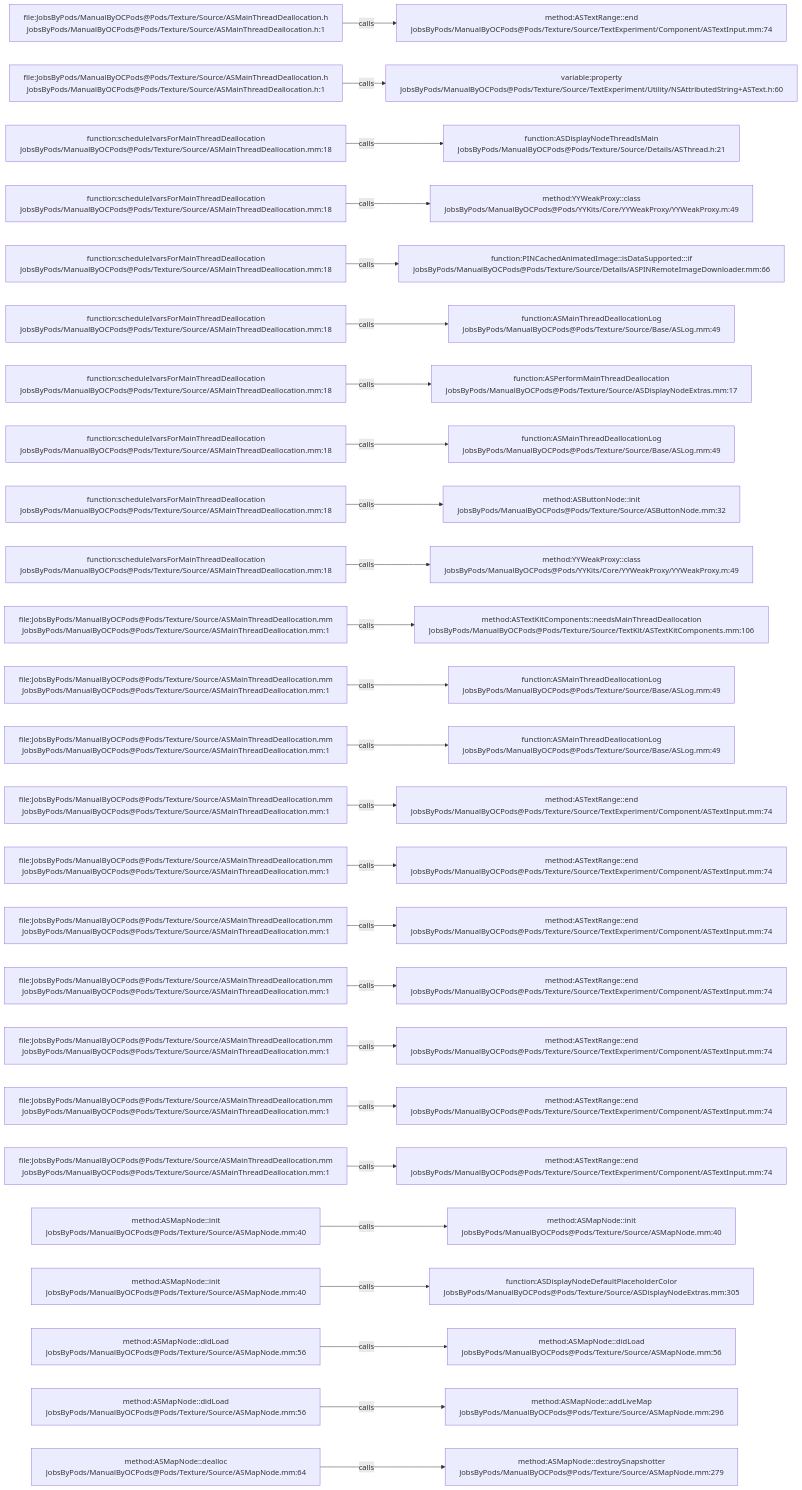
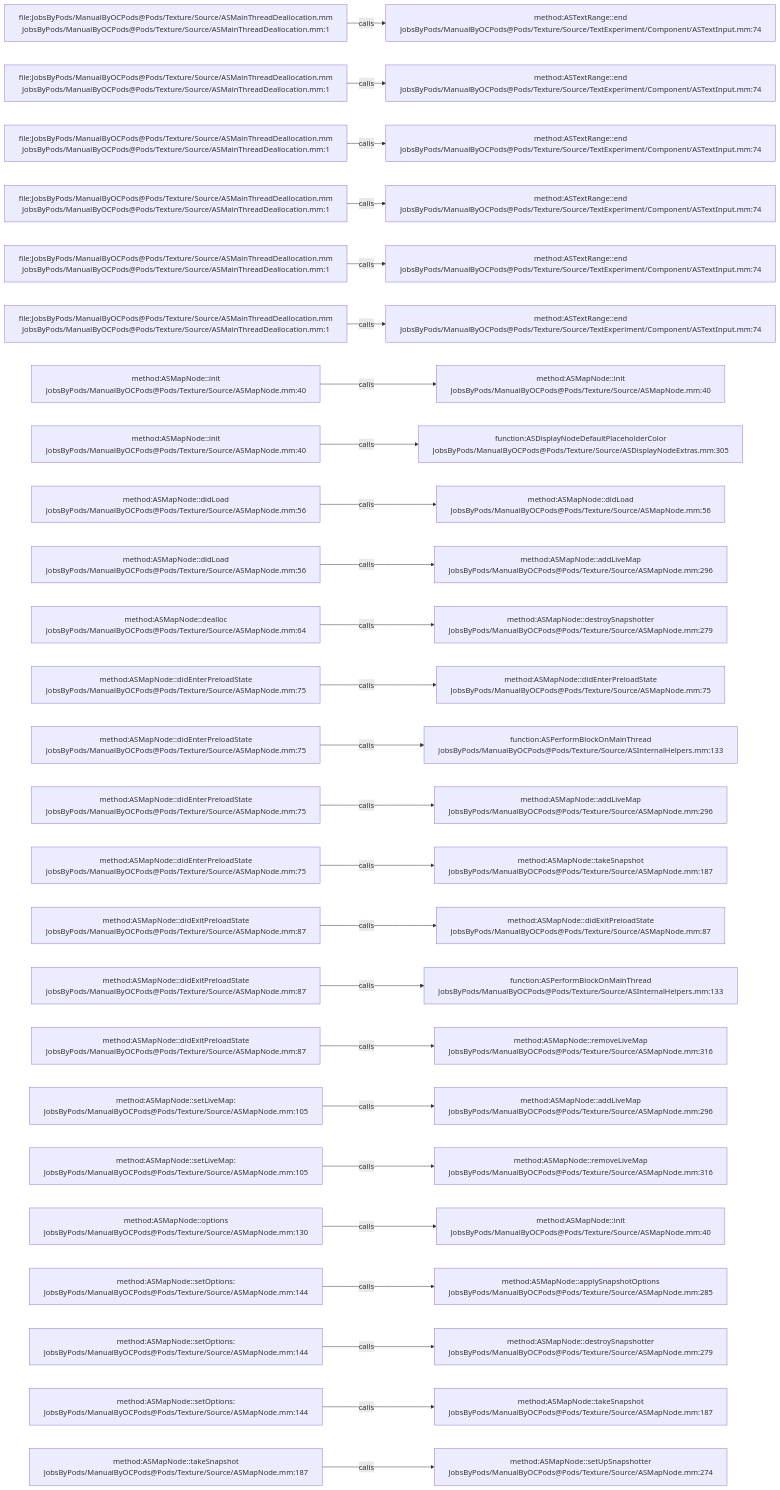
One commit to JobsKits/JobsOCBaseConfigDemo changed the diagram in .codegraph/codegraph.md/graphs/calls-114.md. Above: the diagram before and after it, drawn with Mermaid. The commit also changed 296 other files, not shown here.

````diff
--- a/.codegraph/codegraph.md/graphs/calls-114.md
+++ b/.codegraph/codegraph.md/graphs/calls-114.md
@@ -13,78 +13,78 @@
 ```mermaid
 flowchart LR
-  S1["file:JobsByPods/ManualByOCPods@Pods/Texture/Source/ASMainThreadDeallocation.h<br/>JobsByPods/ManualByOCPods@Pods/Texture/Source/ASMainThreadDeallocation.h:1"]
+  S1["file:JobsByPods/ManualByOCPods@Pods/Texture/Source/ASMainThreadDeallocation.mm<br/>JobsByPods/ManualByOCPods@Pods/Texture/Source/ASMainThreadDeallocation.mm:1"]
   T1["method:ASTextRange::end<br/>JobsByPods/ManualByOCPods@Pods/Texture/Source/TextExperiment/Component/ASTextInput.mm:74"]
   S1 -->|calls| T1
-  S2["file:JobsByPods/ManualByOCPods@Pods/Texture/Source/ASMainThreadDeallocation.h<br/>JobsByPods/ManualByOCPods@Pods/Texture/Source/ASMainThreadDeallocation.h:1"]
-  T2["variable:property<br/>JobsByPods/ManualByOCPods@Pods/Texture/Source/TextExperiment/Utility/NSAttributedString+ASText.h:60"]
+  S2["file:JobsByPods/ManualByOCPods@Pods/Texture/Source/ASMainThreadDeallocation.mm<br/>JobsByPods/ManualByOCPods@Pods/Texture/Source/ASMainThreadDeallocation.mm:1"]
+  T2["method:ASTextRange::end<br/>JobsByPods/ManualByOCPods@Pods/Texture/Source/TextExperiment/Component/ASTextInput.mm:74"]
   S2 -->|calls| T2
-  S3["function:scheduleIvarsForMainThreadDeallocation<br/>JobsByPods/ManualByOCPods@Pods/Texture/Source/ASMainThreadDeallocation.mm:18"]
-  T3["function:ASDisplayNodeThreadIsMain<br/>JobsByPods/ManualByOCPods@Pods/Texture/Source/Details/ASThread.h:21"]
+  S3["file:JobsByPods/ManualByOCPods@Pods/Texture/Source/ASMainThreadDeallocation.mm<br/>JobsByPods/ManualByOCPods@Pods/Texture/Source/ASMainThreadDeallocation.mm:1"]
+  T3["method:ASTextRange::end<br/>JobsByPods/ManualByOCPods@Pods/Texture/Source/TextExperiment/Component/ASTextInput.mm:74"]
   S3 -->|calls| T3
-  S4["function:scheduleIvarsForMainThreadDeallocation<br/>JobsByPods/ManualByOCPods@Pods/Texture/Source/ASMainThreadDeallocation.mm:18"]
-  T4["method:YYWeakProxy::class<br/>JobsByPods/ManualByOCPods@Pods/YYKits/Core/YYWeakProxy/YYWeakProxy.m:49"]
+  S4["file:JobsByPods/ManualByOCPods@Pods/Texture/Source/ASMainThreadDeallocation.mm<br/>JobsByPods/ManualByOCPods@Pods/Texture/Source/ASMainThreadDeallocation.mm:1"]
+  T4["method:ASTextRange::end<br/>JobsByPods/ManualByOCPods@Pods/Texture/Source/TextExperiment/Component/ASTextInput.mm:74"]
   S4 -->|calls| T4
-  S5["function:scheduleIvarsForMainThreadDeallocation<br/>JobsByPods/ManualByOCPods@Pods/Texture/Source/ASMainThreadDeallocation.mm:18"]
-  T5["function:PINCachedAnimatedImage::isDataSupported:::if<br/>JobsByPods/ManualByOCPods@Pods/Texture/Source/Details/ASPINRemoteImageDownloader.mm:66"]
+  S5["file:JobsByPods/ManualByOCPods@Pods/Texture/Source/ASMainThreadDeallocation.mm<br/>JobsByPods/ManualByOCPods@Pods/Texture/Source/ASMainThreadDeallocation.mm:1"]
+  T5["method:ASTextRange::end<br/>JobsByPods/ManualByOCPods@Pods/Texture/Source/TextExperiment/Component/ASTextInput.mm:74"]
   S5 -->|calls| T5
-  S6["function:scheduleIvarsForMainThreadDeallocation<br/>JobsByPods/ManualByOCPods@Pods/Texture/Source/ASMainThreadDeallocation.mm:18"]
-  T6["function:ASMainThreadDeallocationLog<br/>JobsByPods/ManualByOCPods@Pods/Texture/Source/Base/ASLog.mm:49"]
+  S6["file:JobsByPods/ManualByOCPods@Pods/Texture/Source/ASMainThreadDeallocation.mm<br/>JobsByPods/ManualByOCPods@Pods/Texture/Source/ASMainThreadDeallocation.mm:1"]
+  T6["method:ASTextRange::end<br/>JobsByPods/ManualByOCPods@Pods/Texture/Source/TextExperiment/Component/ASTextInput.mm:74"]
   S6 -->|calls| T6
-  S7["function:scheduleIvarsForMainThreadDeallocation<br/>JobsByPods/ManualByOCPods@Pods/Texture/Source/ASMainThreadDeallocation.mm:18"]
-  T7["function:ASPerformMainThreadDeallocation<br/>JobsByPods/ManualByOCPods@Pods/Texture/Source/ASDisplayNodeExtras.mm:17"]
+  S7["method:ASMapNode::init<br/>JobsByPods/ManualByOCPods@Pods/Texture/Source/ASMapNode.mm:40"]
+  T7["method:ASMapNode::init<br/>JobsByPods/ManualByOCPods@Pods/Texture/Source/ASMapNode.mm:40"]
   S7 -->|calls| T7
-  S8["function:scheduleIvarsForMainThreadDeallocation<br/>JobsByPods/ManualByOCPods@Pods/Texture/Source/ASMainThreadDeallocation.mm:18"]
-  T8["function:ASMainThreadDeallocationLog<br/>JobsByPods/ManualByOCPods@Pods/Texture/Source/Base/ASLog.mm:49"]
+  S8["method:ASMapNode::init<br/>JobsByPods/ManualByOCPods@Pods/Texture/Source/ASMapNode.mm:40"]
+  T8["function:ASDisplayNodeDefaultPlaceholderColor<br/>JobsByPods/ManualByOCPods@Pods/Texture/Source/ASDisplayNodeExtras.mm:305"]
   S8 -->|calls| T8
-  S9["function:scheduleIvarsForMainThreadDeallocation<br/>JobsByPods/ManualByOCPods@Pods/Texture/Source/ASMainThreadDeallocation.mm:18"]
-  T9["method:ASButtonNode::init<br/>JobsByPods/ManualByOCPods@Pods/Texture/Source/ASButtonNode.mm:32"]
+  S9["method:ASMapNode::didLoad<br/>JobsByPods/ManualByOCPods@Pods/Texture/Source/ASMapNode.mm:56"]
+  T9["method:ASMapNode::didLoad<br/>JobsByPods/ManualByOCPods@Pods/Texture/Source/ASMapNode.mm:56"]
   S9 -->|calls| T9
-  S10["function:scheduleIvarsForMainThreadDeallocation<br/>JobsByPods/ManualByOCPods@Pods/Texture/Source/ASMainThreadDeallocation.mm:18"]
-  T10["method:YYWeakProxy::class<br/>JobsByPods/ManualByOCPods@Pods/YYKits/Core/YYWeakProxy/YYWeakProxy.m:49"]
+  S10["method:ASMapNode::didLoad<br/>JobsByPods/ManualByOCPods@Pods/Texture/Source/ASMapNode.mm:56"]
+  T10["method:ASMapNode::addLiveMap<br/>JobsByPods/ManualByOCPods@Pods/Texture/Source/ASMapNode.mm:296"]
   S10 -->|calls| T10
-  S11["file:JobsByPods/ManualByOCPods@Pods/Texture/Source/ASMainThreadDeallocation.mm<br/>JobsByPods/ManualByOCPods@Pods/Texture/Source/ASMainThreadDeallocation.mm:1"]
-  T11["method:ASTextKitComponents::needsMainThreadDeallocation<br/>JobsByPods/ManualByOCPods@Pods/Texture/Source/TextKit/ASTextKitComponents.mm:106"]
+  S11["method:ASMapNode::dealloc<br/>JobsByPods/ManualByOCPods@Pods/Texture/Source/ASMapNode.mm:64"]
+  T11["method:ASMapNode::destroySnapshotter<br/>JobsByPods/ManualByOCPods@Pods/Texture/Source/ASMapNode.mm:279"]
   S11 -->|calls| T11
-  S12["file:JobsByPods/ManualByOCPods@Pods/Texture/Source/ASMainThreadDeallocation.mm<br/>JobsByPods/ManualByOCPods@Pods/Texture/Source/ASMainThreadDeallocation.mm:1"]
-  T12["function:ASMainThreadDeallocationLog<br/>JobsByPods/ManualByOCPods@Pods/Texture/Source/Base/ASLog.mm:49"]
+  S12["method:ASMapNode::didEnterPreloadState<br/>JobsByPods/ManualByOCPods@Pods/Texture/Source/ASMapNode.mm:75"]
+  T12["method:ASMapNode::didEnterPreloadState<br/>JobsByPods/ManualByOCPods@Pods/Texture/Source/ASMapNode.mm:75"]
   S12 -->|calls| T12
-  S13["file:JobsByPods/ManualByOCPods@Pods/Texture/Source/ASMainThreadDeallocation.mm<br/>JobsByPods/ManualByOCPods@Pods/Texture/Source/ASMainThreadDeallocation.mm:1"]
-  T13["function:ASMainThreadDeallocationLog<br/>JobsByPods/ManualByOCPods@Pods/Texture/Source/Base/ASLog.mm:49"]
+  S13["method:ASMapNode::didEnterPreloadState<br/>JobsByPods/ManualByOCPods@Pods/Texture/Source/ASMapNode.mm:75"]
+  T13["function:ASPerformBlockOnMainThread<br/>JobsByPods/ManualByOCPods@Pods/Texture/Source/ASInternalHelpers.mm:133"]
   S13 -->|calls| T13
-  S14["file:JobsByPods/ManualByOCPods@Pods/Texture/Source/ASMainThreadDeallocation.mm<br/>JobsByPods/ManualByOCPods@Pods/Texture/Source/ASMainThreadDeallocation.mm:1"]
-  T14["method:ASTextRange::end<br/>JobsByPods/ManualByOCPods@Pods/Texture/Source/TextExperiment/Component/ASTextInput.mm:74"]
+  S14["method:ASMapNode::didEnterPreloadState<br/>JobsByPods/ManualByOCPods@Pods/Texture/Source/ASMapNode.mm:75"]
+  T14["method:ASMapNode::addLiveMap<br/>JobsByPods/ManualByOCPods@Pods/Texture/Source/ASMapNode.mm:296"]
   S14 -->|calls| T14
-  S15["file:JobsByPods/ManualByOCPods@Pods/Texture/Source/ASMainThreadDeallocation.mm<br/>JobsByPods/ManualByOCPods@Pods/Texture/Source/ASMainThreadDeallocation.mm:1"]
-  T15["method:ASTextRange::end<br/>JobsByPods/ManualByOCPods@Pods/Texture/Source/TextExperiment/Component/ASTextInput.mm:74"]
+  S15["method:ASMapNode::didEnterPreloadState<br/>JobsByPods/ManualByOCPods@Pods/Texture/Source/ASMapNode.mm:75"]
+  T15["method:ASMapNode::takeSnapshot<br/>JobsByPods/ManualByOCPods@Pods/Texture/Source/ASMapNode.mm:187"]
   S15 -->|calls| T15
-  S16["file:JobsByPods/ManualByOCPods@Pods/Texture/Source/ASMainThreadDeallocation.mm<br/>JobsByPods/ManualByOCPods@Pods/Texture/Source/ASMainThreadDeallocation.mm:1"]
-  T16["method:ASTextRange::end<br/>JobsByPods/ManualByOCPods@Pods/Texture/Source/TextExperiment/Component/ASTextInput.mm:74"]
+  S16["method:ASMapNode::didExitPreloadState<br/>JobsByPods/ManualByOCPods@Pods/Texture/Source/ASMapNode.mm:87"]
+  T16["method:ASMapNode::didExitPreloadState<br/>JobsByPods/ManualByOCPods@Pods/Texture/Source/ASMapNode.mm:87"]
   S16 -->|calls| T16
-  S17["file:JobsByPods/ManualByOCPods@Pods/Texture/Source/ASMainThreadDeallocation.mm<br/>JobsByPods/ManualByOCPods@Pods/Texture/Source/ASMainThreadDeallocation.mm:1"]
-  T17["method:ASTextRange::end<br/>JobsByPods/ManualByOCPods@Pods/Texture/Source/TextExperiment/Component/ASTextInput.mm:74"]
+  S17["method:ASMapNode::didExitPreloadState<br/>JobsByPods/ManualByOCPods@Pods/Texture/Source/ASMapNode.mm:87"]
+  T17["function:ASPerformBlockOnMainThread<br/>JobsByPods/ManualByOCPods@Pods/Texture/Source/ASInternalHelpers.mm:133"]
   S17 -->|calls| T17
-  S18["file:JobsByPods/ManualByOCPods@Pods/Texture/Source/ASMainThreadDeallocation.mm<br/>JobsByPods/ManualByOCPods@Pods/Texture/Source/ASMainThreadDeallocation.mm:1"]
-  T18["method:ASTextRange::end<br/>JobsByPods/ManualByOCPods@Pods/Texture/Source/TextExperiment/Component/ASTextInput.mm:74"]
+  S18["method:ASMapNode::didExitPreloadState<br/>JobsByPods/ManualByOCPods@Pods/Texture/Source/ASMapNode.mm:87"]
+  T18["method:ASMapNode::removeLiveMap<br/>JobsByPods/ManualByOCPods@Pods/Texture/Source/ASMapNode.mm:316"]
   S18 -->|calls| T18
-  S19["file:JobsByPods/ManualByOCPods@Pods/Texture/Source/ASMainThreadDeallocation.mm<br/>JobsByPods/ManualByOCPods@Pods/Texture/Source/ASMainThreadDeallocation.mm:1"]
-  T19["method:ASTextRange::end<br/>JobsByPods/ManualByOCPods@Pods/Texture/Source/TextExperiment/Component/ASTextInput.mm:74"]
+  S19["method:ASMapNode::setLiveMap:<br/>JobsByPods/ManualByOCPods@Pods/Texture/Source/ASMapNode.mm:105"]
+  T19["method:ASMapNode::addLiveMap<br/>JobsByPods/ManualByOCPods@Pods/Texture/Source/ASMapNode.mm:296"]
   S19 -->|calls| T19
-  S20["file:JobsByPods/ManualByOCPods@Pods/Texture/Source/ASMainThreadDeallocation.mm<br/>JobsByPods/ManualByOCPods@Pods/Texture/Source/ASMainThreadDeallocation.mm:1"]
-  T20["method:ASTextRange::end<br/>JobsByPods/ManualByOCPods@Pods/Texture/Source/TextExperiment/Component/ASTextInput.mm:74"]
+  S20["method:ASMapNode::setLiveMap:<br/>JobsByPods/ManualByOCPods@Pods/Texture/Source/ASMapNode.mm:105"]
+  T20["method:ASMapNode::removeLiveMap<br/>JobsByPods/ManualByOCPods@Pods/Texture/Source/ASMapNode.mm:316"]
   S20 -->|calls| T20
-  S21["method:ASMapNode::init<br/>JobsByPods/ManualByOCPods@Pods/Texture/Source/ASMapNode.mm:40"]
+  S21["method:ASMapNode::options<br/>JobsByPods/ManualByOCPods@Pods/Texture/Source/ASMapNode.mm:130"]
   T21["method:ASMapNode::init<br/>JobsByPods/ManualByOCPods@Pods/Texture/Source/ASMapNode.mm:40"]
   S21 -->|calls| T21
-  S22["method:ASMapNode::init<br/>JobsByPods/ManualByOCPods@Pods/Texture/Source/ASMapNode.mm:40"]
-  T22["function:ASDisplayNodeDefaultPlaceholderColor<br/>JobsByPods/ManualByOCPods@Pods/Texture/Source/ASDisplayNodeExtras.mm:305"]
+  S22["method:ASMapNode::setOptions:<br/>JobsByPods/ManualByOCPods@Pods/Texture/Source/ASMapNode.mm:144"]
+  T22["method:ASMapNode::applySnapshotOptions<br/>JobsByPods/ManualByOCPods@Pods/Texture/Source/ASMapNode.mm:285"]
   S22 -->|calls| T22
-  S23["method:ASMapNode::didLoad<br/>JobsByPods/ManualByOCPods@Pods/Texture/Source/ASMapNode.mm:56"]
-  T23["method:ASMapNode::didLoad<br/>JobsByPods/ManualByOCPods@Pods/Texture/Source/ASMapNode.mm:56"]
+  S23["method:ASMapNode::setOptions:<br/>JobsByPods/ManualByOCPods@Pods/Texture/Source/ASMapNode.mm:144"]
+  T23["method:ASMapNode::destroySnapshotter<br/>JobsByPods/ManualByOCPods@Pods/Texture/Source/ASMapNode.mm:279"]
   S23 -->|calls| T23
-  S24["method:ASMapNode::didLoad<br/>JobsByPods/ManualByOCPods@Pods/Texture/Source/ASMapNode.mm:56"]
-  T24["method:ASMapNode::addLiveMap<br/>JobsByPods/ManualByOCPods@Pods/Texture/Source/ASMapNode.mm:296"]
+  S24["method:ASMapNode::setOptions:<br/>JobsByPods/ManualByOCPods@Pods/Texture/Source/ASMapNode.mm:144"]
+  T24["method:ASMapNode::takeSnapshot<br/>JobsByPods/ManualByOCPods@Pods/Texture/Source/ASMapNode.mm:187"]
   S24 -->|calls| T24
-  S25["method:ASMapNode::dealloc<br/>JobsByPods/ManualByOCPods@Pods/Texture/Source/ASMapNode.mm:64"]
-  T25["method:ASMapNode::destroySnapshotter<br/>JobsByPods/ManualByOCPods@Pods/Texture/Source/ASMapNode.mm:279"]
+  S25["method:ASMapNode::takeSnapshot<br/>JobsByPods/ManualByOCPods@Pods/Texture/Source/ASMapNode.mm:187"]
+  T25["method:ASMapNode::setUpSnapshotter<br/>JobsByPods/ManualByOCPods@Pods/Texture/Source/ASMapNode.mm:274"]
   S25 -->|calls| T25
 ```
````
